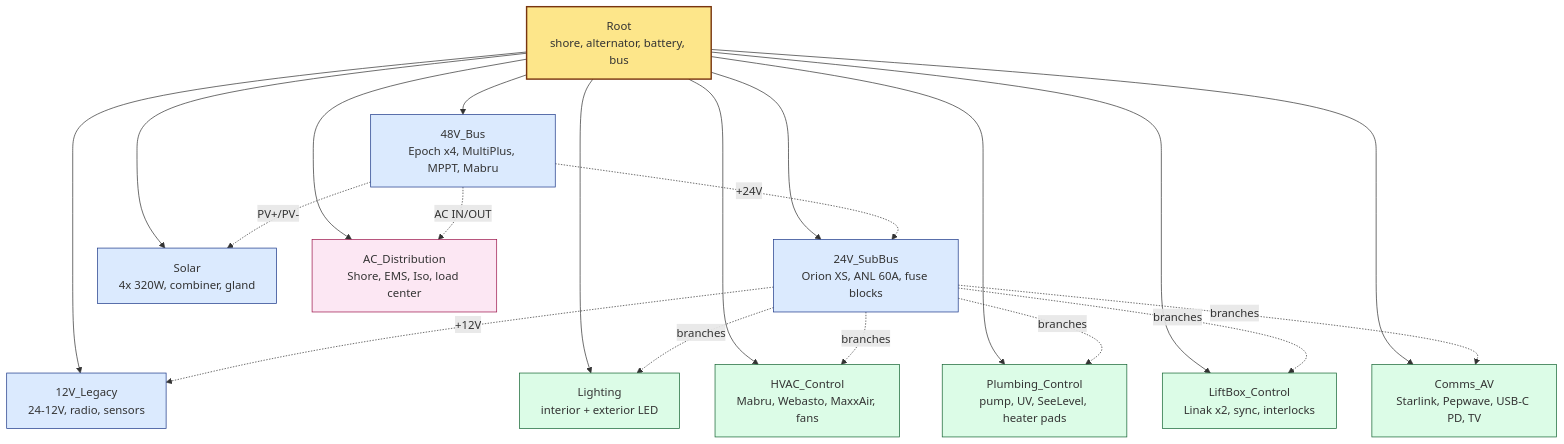
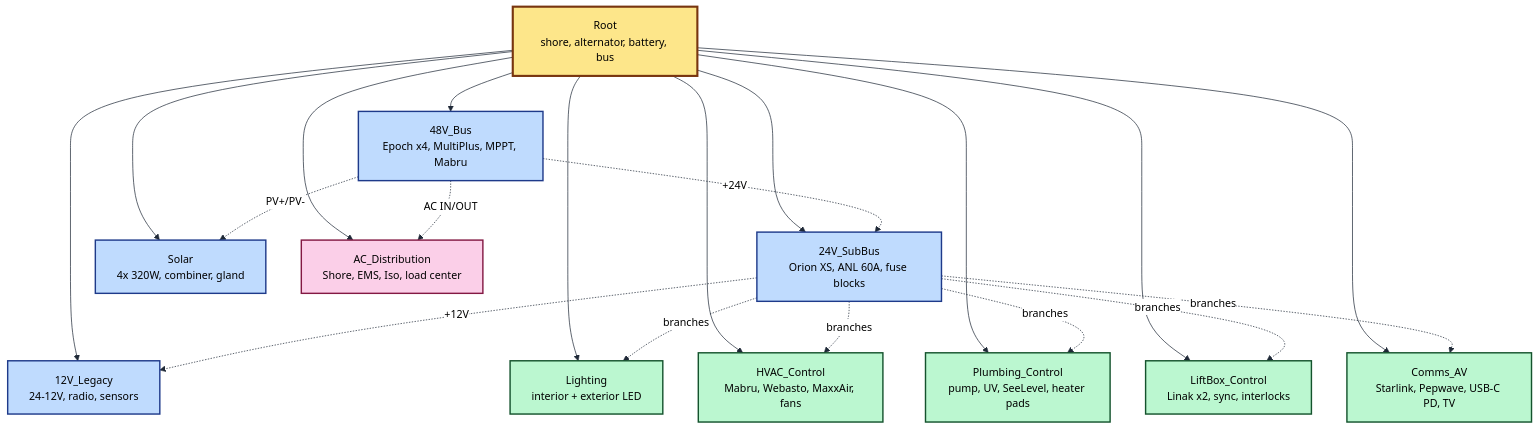
Before and after one commit to glonnon/diyearthroamer: the diagram in diagrams/schematic-hierarchy.mmd, drawn with Mermaid. The commit also changed 15 other files, not shown here.

First line of the commit message:
Mermaid contrast fixes + dinette / bath / wardrobe / cabover modules

```diff
--- a/diagrams/schematic-hierarchy.mmd
+++ b/diagrams/schematic-hierarchy.mmd
@@ -1,38 +1,39 @@
 %% KiCad hierarchical schematic structure
 %% Render: mmdc -i diagrams/schematic-hierarchy.mmd -o diagrams/schematic-hierarchy.svg
+%%{init: {'theme':'base','themeVariables':{'primaryColor':'#fff','primaryTextColor':'#000','primaryBorderColor':'#000','lineColor':'#1f2937','fontFamily':'Inter, system-ui, sans-serif','fontSize':'15px'}}}%%
 flowchart TB
-    classDef root fill:#fde68a,stroke:#78350f,stroke-width:2px
-    classDef power fill:#dbeafe,stroke:#1e3a8a,stroke-width:1px
-    classDef ac fill:#fce7f3,stroke:#9d174d,stroke-width:1px
-    classDef ctrl fill:#dcfce7,stroke:#166534,stroke-width:1px
+    classDef root fill:#fde68a,stroke:#78350f,stroke-width:3px,color:#000
+    classDef power fill:#bfdbfe,stroke:#1e3a8a,stroke-width:2px,color:#000
+    classDef ac fill:#fbcfe8,stroke:#831843,stroke-width:2px,color:#000
+    classDef ctrl fill:#bbf7d0,stroke:#14532d,stroke-width:2px,color:#000
 
     Root[Root<br/>shore, alternator, battery, bus]:::root
 
     V48[48V_Bus<br/>Epoch x4, MultiPlus, MPPT, Mabru]:::power
     V24[24V_SubBus<br/>Orion XS, ANL 60A, fuse blocks]:::power
     V12[12V_Legacy<br/>24-12V, radio, sensors]:::power
     Solar[Solar<br/>4x 320W, combiner, gland]:::power
 
     AC[AC_Distribution<br/>Shore, EMS, Iso, load center]:::ac
 
     Lights[Lighting<br/>interior + exterior LED]:::ctrl
     HVAC[HVAC_Control<br/>Mabru, Webasto, MaxxAir, fans]:::ctrl
     Plumb[Plumbing_Control<br/>pump, UV, SeeLevel, heater pads]:::ctrl
     Lift[LiftBox_Control<br/>Linak x2, sync, interlocks]:::ctrl
     Comms[Comms_AV<br/>Starlink, Pepwave, USB-C PD, TV]:::ctrl
 
     Root --> V48
     Root --> V24
     Root --> V12
     Root --> Solar
     Root --> AC
     Root --> Lights
     Root --> HVAC
     Root --> Plumb
     Root --> Lift
     Root --> Comms
     V48 -. PV+/PV- .-> Solar
     V48 -. AC IN/OUT .-> AC
     V48 -. +24V .-> V24
     V24 -. +12V .-> V12
     V24 -. branches .-> Lights & HVAC & Plumb & Lift & Comms
```
